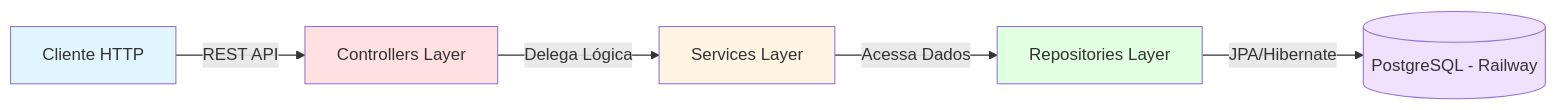
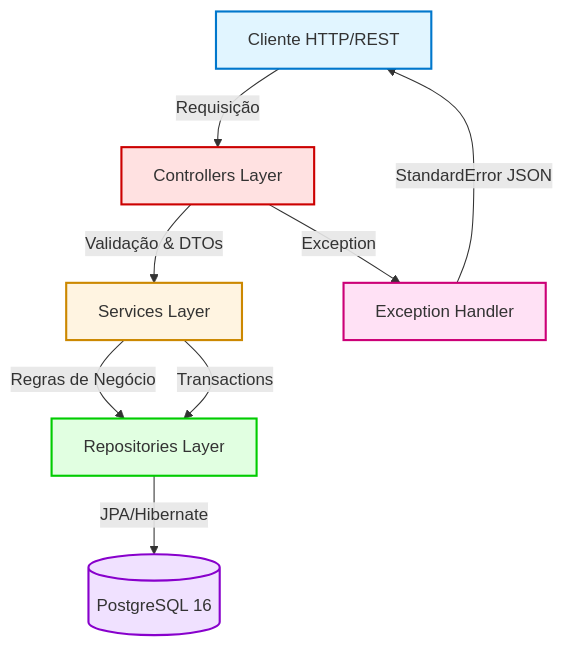
One commit to JoaoGuilhermmy/finance_API changed the diagram in README.md. Above: the diagram before and after it, drawn with Mermaid. The commit also changed other lines of this file, not shown here.

````diff
--- a/README.md
+++ b/README.md
@@ -107,13 +109,19 @@
 ```mermaid
-graph LR
-    A[Cliente HTTP] -->|REST API| B[Controllers Layer]
-    B -->|Delega Lógica| C[Services Layer]
-    C -->|Acessa Dados| D[Repositories Layer]
-    D -->|JPA/Hibernate| E[(PostgreSQL - Railway)]
+graph TD
+    A[Cliente HTTP/REST] -->|Requisição| B[Controllers Layer]
+    B -->|Validação & DTOs| C[Services Layer]
+    C -->|Regras de Negócio| D[Repositories Layer]
+    D -->|JPA/Hibernate| E[(PostgreSQL 16)]
     
-    style A fill:#e1f5ff
-    style B fill:#ffe1e1
-    style C fill:#fff4e1
-    style D fill:#e1ffe1
-    style E fill:#f0e1ff
+    B -->|Exception| F[Exception Handler]
+    F -->|StandardError JSON| A
+    
+    C -->|Transactions| D
+    
+    style A fill:#e1f5ff,stroke:#0077cc,stroke-width:2px
+    style B fill:#ffe1e1,stroke:#cc0000,stroke-width:2px
+    style C fill:#fff4e1,stroke:#cc8800,stroke-width:2px
+    style D fill:#e1ffe1,stroke:#00cc00,stroke-width:2px
+    style E fill:#f0e1ff,stroke:#8800cc,stroke-width:2px
+    style F fill:#ffe1f5,stroke:#cc0077,stroke-width:2px
 ```
````
